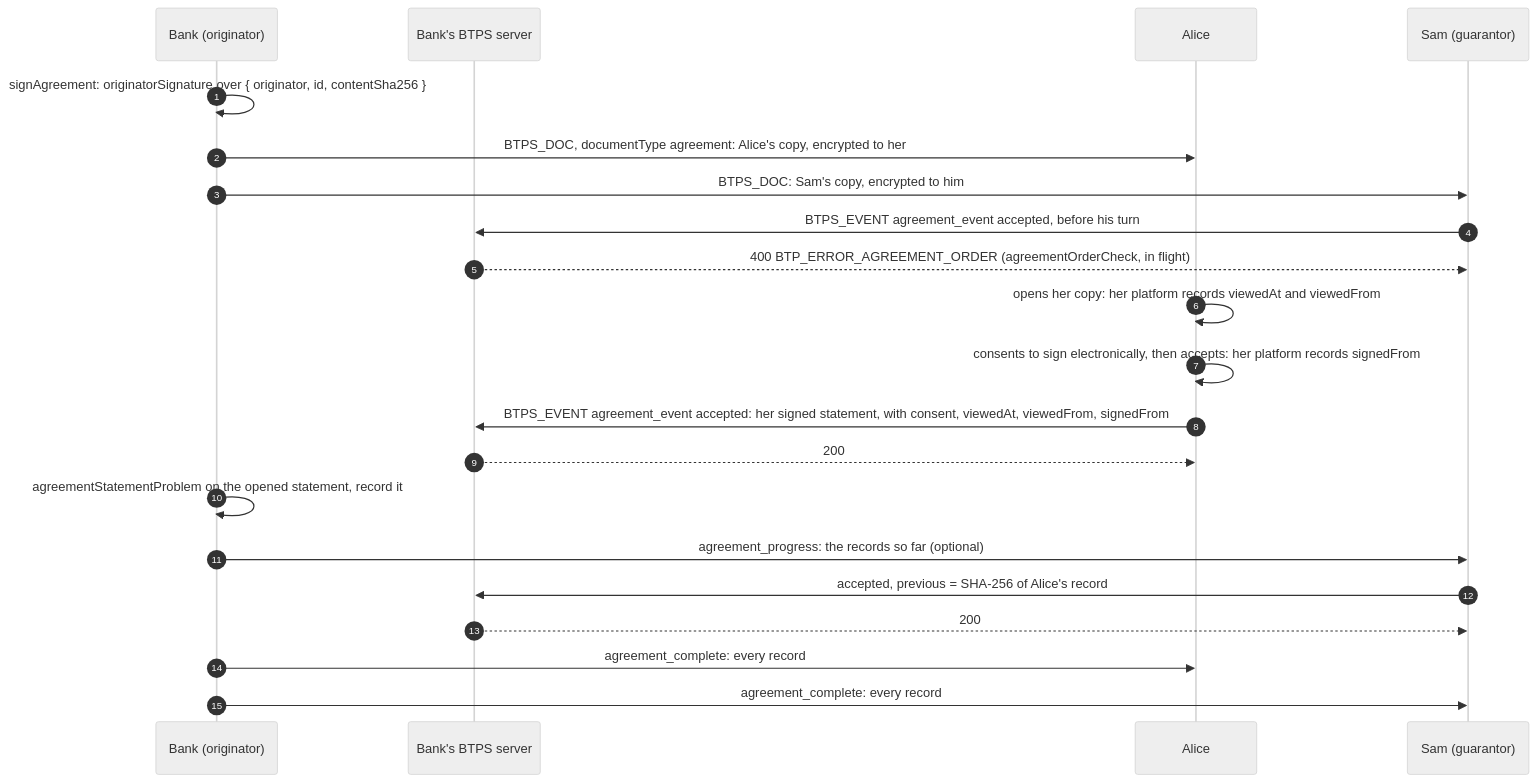
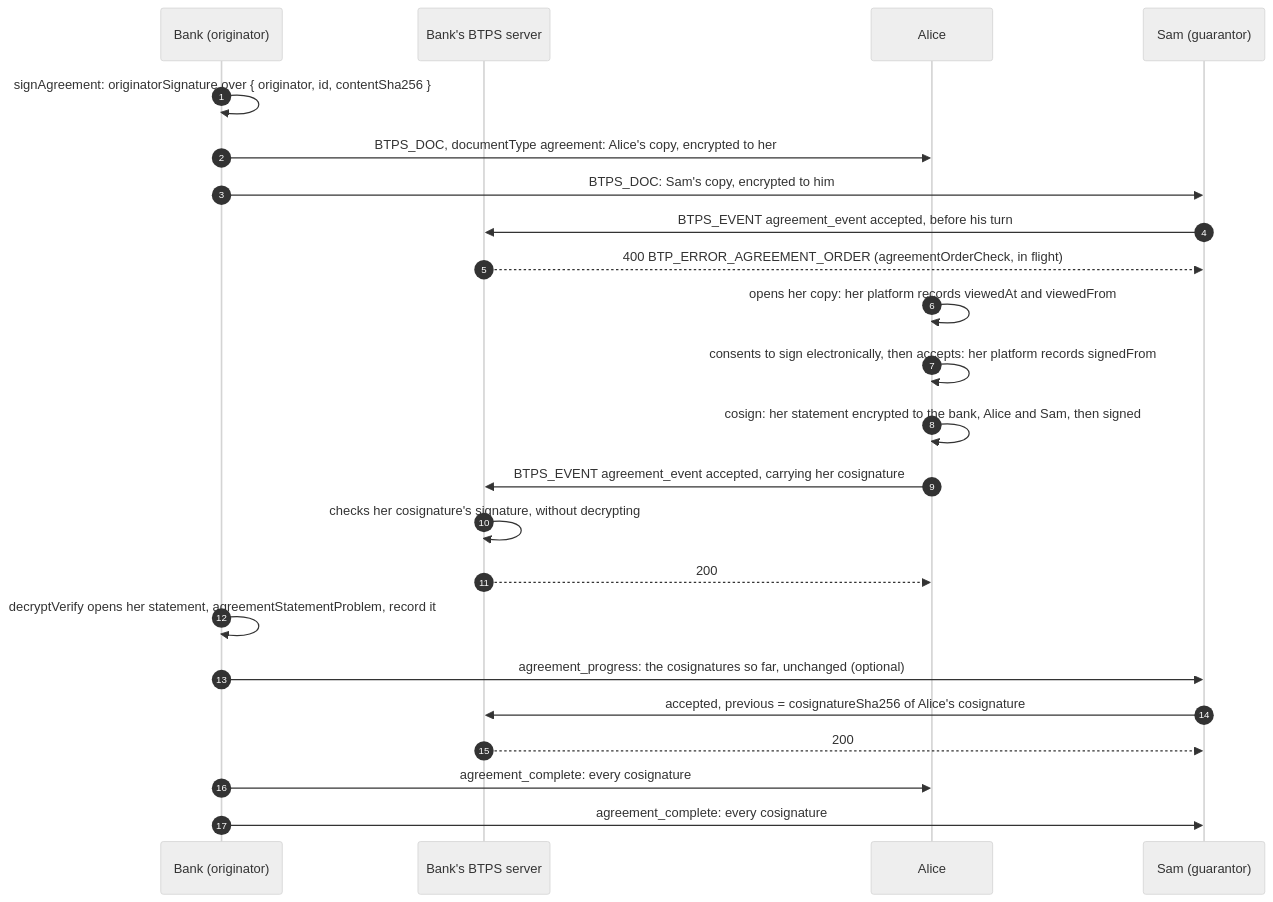
The diagram in docs/docusaurus/docs/features/agreements.md (openbtps/btps-node), drawn with Mermaid (neutral theme) before and after one commit. The commit also changed other lines of this file and 16 other files, not shown here.

````diff
--- a/docs/docusaurus/docs/features/agreements.md
+++ b/docs/docusaurus/docs/features/agreements.md
@@ -19,23 +21,25 @@
 ```mermaid
 sequenceDiagram
     autonumber
     participant B as Bank (originator)
     participant BS as Bank's BTPS server
     participant A as Alice
     participant S as Sam (guarantor)
     B->>B: signAgreement: originatorSignature over { originator, id, contentSha256 }
     B->>A: BTPS_DOC, documentType agreement: Alice's copy, encrypted to her
     B->>S: BTPS_DOC: Sam's copy, encrypted to him
     S->>BS: BTPS_EVENT agreement_event accepted, before his turn
     BS-->>S: 400 BTP_ERROR_AGREEMENT_ORDER (agreementOrderCheck, in flight)
     A->>A: opens her copy: her platform records viewedAt and viewedFrom
     A->>A: consents to sign electronically, then accepts: her platform records signedFrom
-    A->>BS: BTPS_EVENT agreement_event accepted: her signed statement, with consent, viewedAt, viewedFrom, signedFrom
+    A->>A: cosign: her statement encrypted to the bank, Alice and Sam, then signed
+    A->>BS: BTPS_EVENT agreement_event accepted, carrying her cosignature
+    BS->>BS: checks her cosignature's signature, without decrypting
     BS-->>A: 200
-    B->>B: agreementStatementProblem on the opened statement, record it
-    B->>S: agreement_progress: the records so far (optional)
-    S->>BS: accepted, previous = SHA-256 of Alice's record
+    B->>B: decryptVerify opens her statement, agreementStatementProblem, record it
+    B->>S: agreement_progress: the cosignatures so far, unchanged (optional)
+    S->>BS: accepted, previous = cosignatureSha256 of Alice's cosignature
     BS-->>S: 200
-    B->>A: agreement_complete: every record
-    B->>S: agreement_complete: every record
+    B->>A: agreement_complete: every cosignature
+    B->>S: agreement_complete: every cosignature
 ```
````
